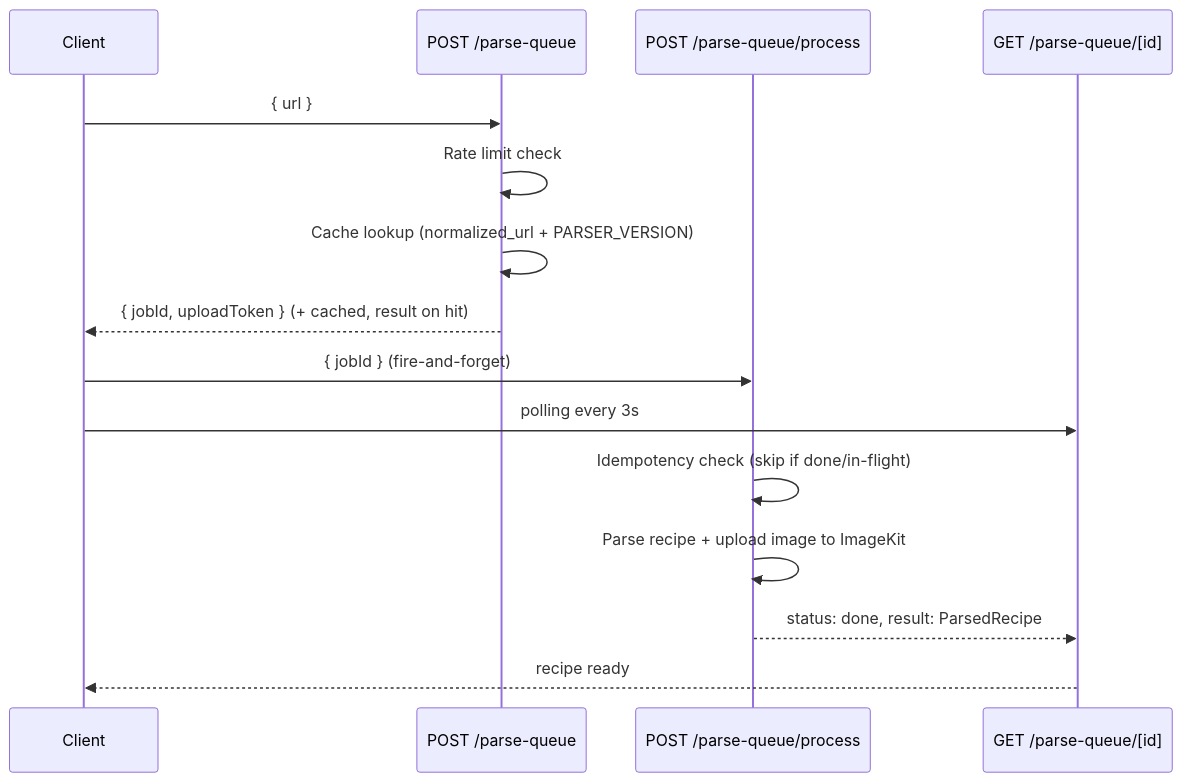
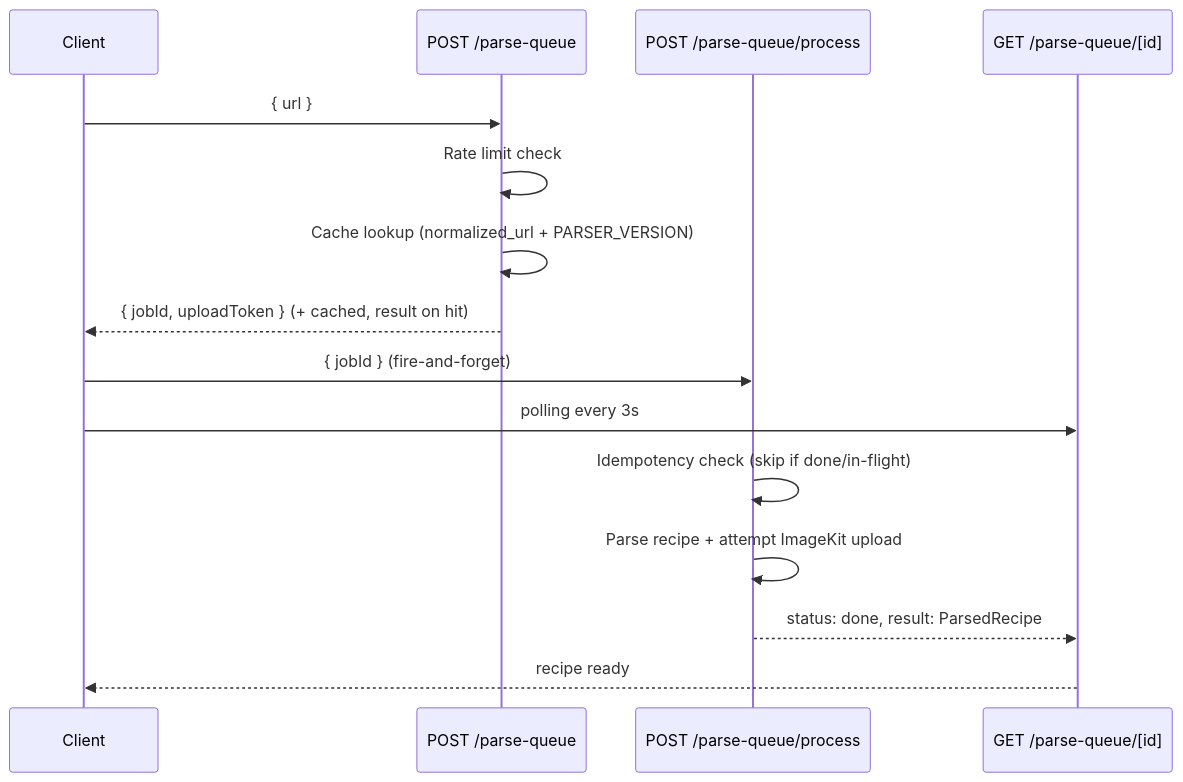
The sixth of 7 diagrams in docs/explanation/parse-pipeline.md (Sailarn/RecipAI), drawn with Mermaid before and after one commit. The commit also changed other lines of this file and 19 other files, not shown here.

````diff
--- a/docs/explanation/parse-pipeline.md
+++ b/docs/explanation/parse-pipeline.md
@@ -125,18 +125,18 @@
 ```mermaid
 sequenceDiagram
     participant Client
     participant Queue as POST /parse-queue
     participant Process as POST /parse-queue/process
     participant Poll as GET /parse-queue/[id]
 
     Client->>Queue: { url }
     Queue->>Queue: Rate limit check
     Queue->>Queue: Cache lookup (normalized_url + PARSER_VERSION)
     Queue-->>Client: { jobId, uploadToken } (+ cached, result on hit)
     Client->>Process: { jobId } (fire-and-forget)
     Client->>Poll: polling every 3s
     Process->>Process: Idempotency check (skip if done/in-flight)
-    Process->>Process: Parse recipe + upload image to ImageKit
+    Process->>Process: Parse recipe + attempt ImageKit upload
     Process-->>Poll: status: done, result: ParsedRecipe
     Poll-->>Client: recipe ready
 ```
````
